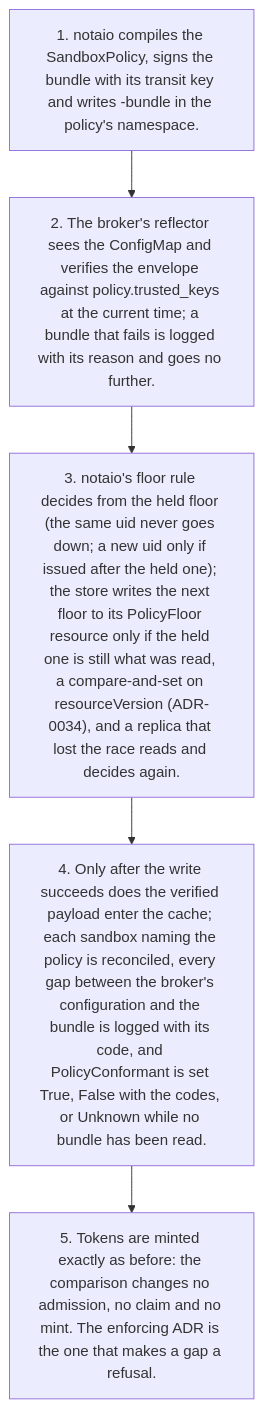
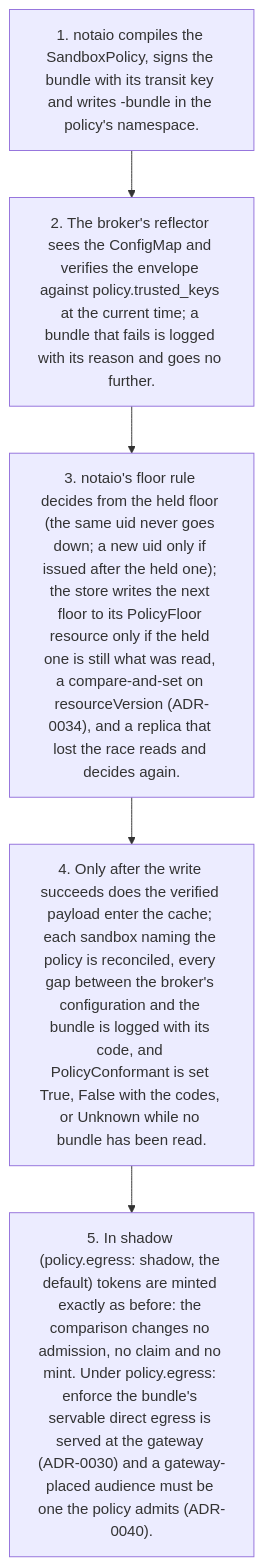
The fourth of 5 diagrams in docs/architecture/diagrams/flows.md (firestoned/mediatore), drawn with Mermaid before and after one commit. The commit also changed other lines of this file and 92 other files, not shown here.

````diff
--- a/docs/architecture/diagrams/flows.md
+++ b/docs/architecture/diagrams/flows.md
@@ -86,9 +86,9 @@
 ```mermaid
 flowchart TD
     t1["1. notaio compiles the SandboxPolicy, signs the bundle with its transit key and writes <policy>-bundle in the policy's namespace."]
     t2["2. The broker's reflector sees the ConfigMap and verifies the envelope against policy.trusted_keys at the current time; a bundle that fails is logged with its reason and goes no further."]
     t3["3. notaio's floor rule decides from the held floor (the same uid never goes down; a new uid only if issued after the held one); the store writes the next floor to its PolicyFloor resource only if the held one is still what was read, a compare-and-set on resourceVersion (ADR-0034), and a replica that lost the race reads and decides again."]
     t4["4. Only after the write succeeds does the verified payload enter the cache; each sandbox naming the policy is reconciled, every gap between the broker's configuration and the bundle is logged with its code, and PolicyConformant is set True, False with the codes, or Unknown while no bundle has been read."]
-    t5["5. Tokens are minted exactly as before: the comparison changes no admission, no claim and no mint. The enforcing ADR is the one that makes a gap a refusal."]
+    t5["5. In shadow (policy.egress: shadow, the default) tokens are minted exactly as before: the comparison changes no admission, no claim and no mint. Under policy.egress: enforce the bundle's servable direct egress is served at the gateway (ADR-0030) and a gateway-placed audience must be one the policy admits (ADR-0040)."]
     t1 --> t2 --> t3 --> t4 --> t5
 ```
````
